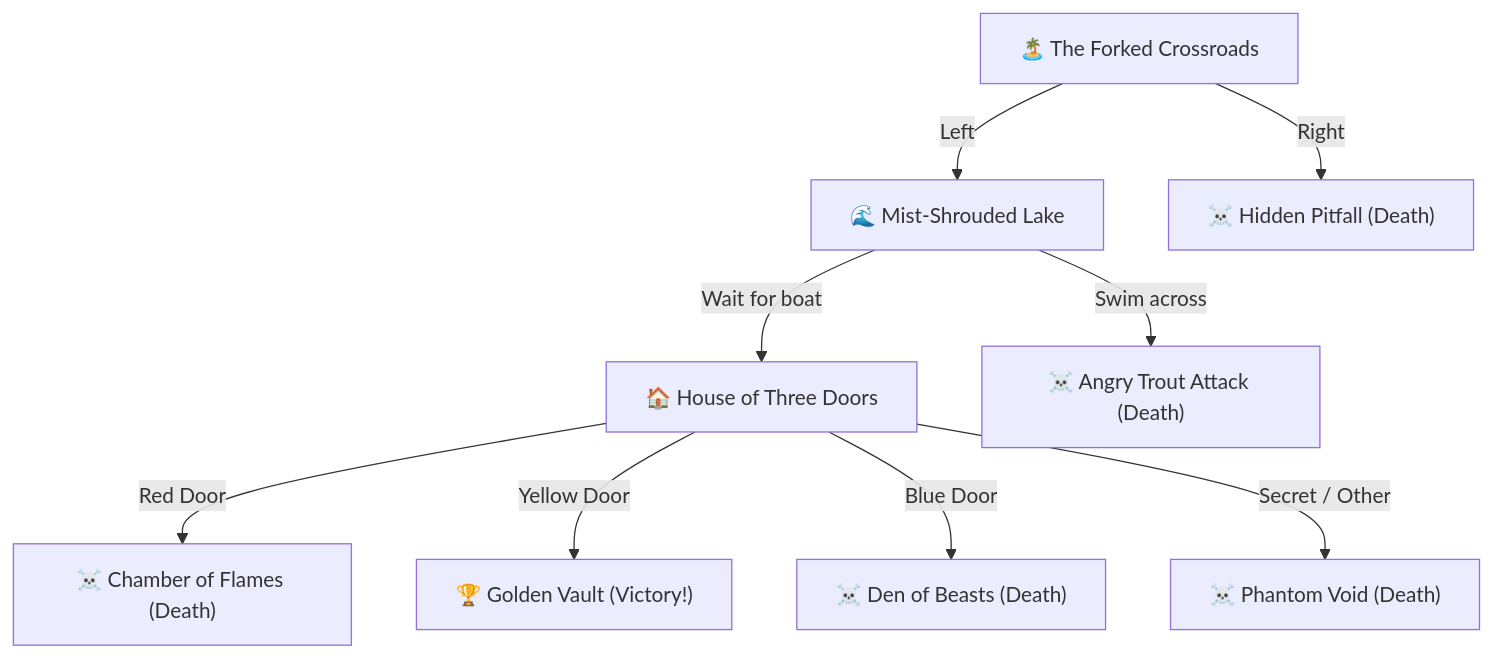
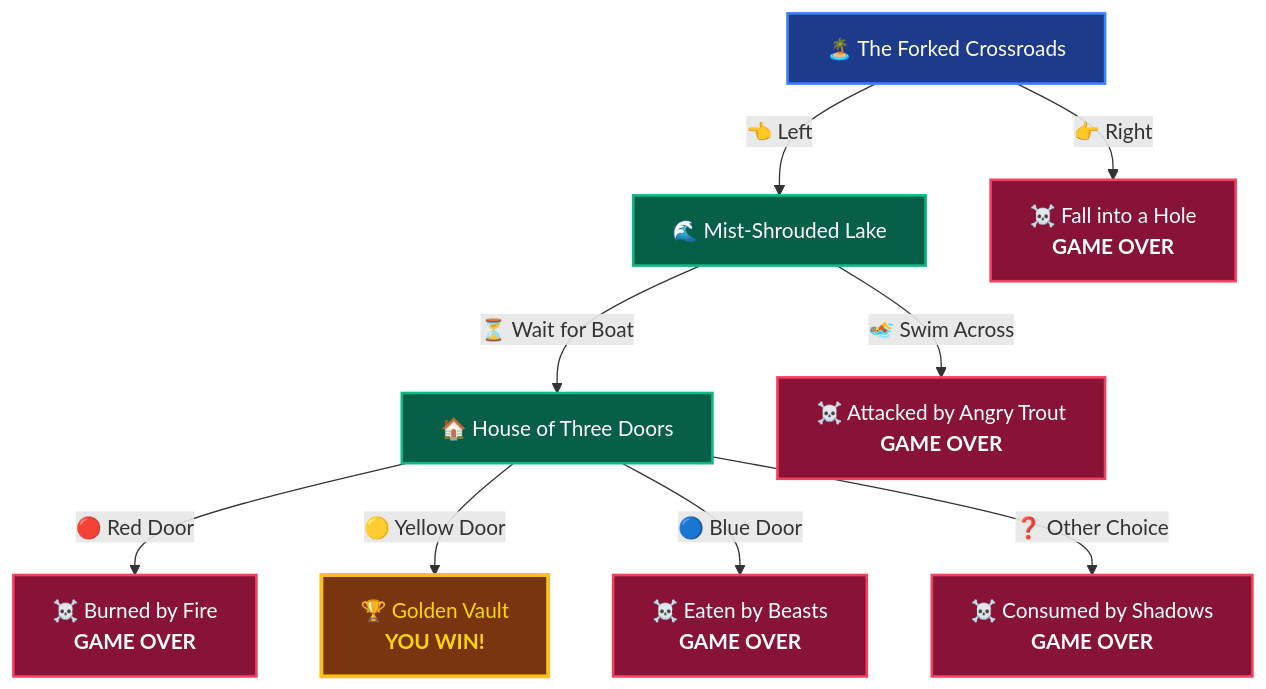
One commit to shimsy20240996-lang/Treasure-island-game changed the diagram in README.md. Above: the diagram before and after it, drawn with Mermaid. The commit also changed other lines of this file, not shown here.

Commit message:
docs: enrich README with badges, story flowchart, procedural audio engine spec, and full architecture

````diff
--- a/README.md
+++ b/README.md
@@ -25,13 +55,20 @@
 ```mermaid
 graph TD
-    Start["🏝️ The Forked Crossroads"] -->|Left| Lake["🌊 Mist-Shrouded Lake"]
-    Start -->|Right| Hole["☠️ Hidden Pitfall (Death)"]
+    classDef startNode fill:#1e3a8a,stroke:#3b82f6,stroke-width:2px,color:#fff;
+    classDef safeNode fill:#065f46,stroke:#10b981,stroke-width:2px,color:#fff;
+    classDef deathNode fill:#881337,stroke:#f43f5e,stroke-width:2px,color:#fff;
+    classDef winNode fill:#78350f,stroke:#fbbf24,stroke-width:3px,color:#ffd700;
+
+    Start["🏝️ The Forked Crossroads"]:::startNode
     
-    Lake -->|Wait for boat| House["🏠 House of Three Doors"]
-    Lake -->|Swim across| Trout["☠️ Angry Trout Attack (Death)"]
-    
-    House -->|Red Door| Fire["☠️ Chamber of Flames (Death)"]
-    House -->|Yellow Door| Victory["🏆 Golden Vault (Victory!)"]
-    House -->|Blue Door| Beasts["☠️ Den of Beasts (Death)"]
-    House -->|Secret / Other| Void["☠️ Phantom Void (Death)"]
+    Start -->|"👈 Left"| Lake["🌊 Mist-Shrouded Lake"]:::safeNode
+    Start -->|"👉 Right"| Hole["☠️ Fall into a Hole<br/><b>GAME OVER</b>"]:::deathNode
+
+    Lake -->|"⏳ Wait for Boat"| House["🏠 House of Three Doors"]:::safeNode
+    Lake -->|"🏊 Swim Across"| Trout["☠️ Attacked by Angry Trout<br/><b>GAME OVER</b>"]:::deathNode
+
+    House -->|"🔴 Red Door"| Fire["☠️ Burned by Fire<br/><b>GAME OVER</b>"]:::deathNode
+    House -->|"🟡 Yellow Door"| Victory["🏆 Golden Vault<br/><b>YOU WIN!</b>"]:::winNode
+    House -->|"🔵 Blue Door"| Beasts["☠️ Eaten by Beasts<br/><b>GAME OVER</b>"]:::deathNode
+    House -->|"❓ Other Choice"| Void["☠️ Consumed by Shadows<br/><b>GAME OVER</b>"]:::deathNode
 ```
````
